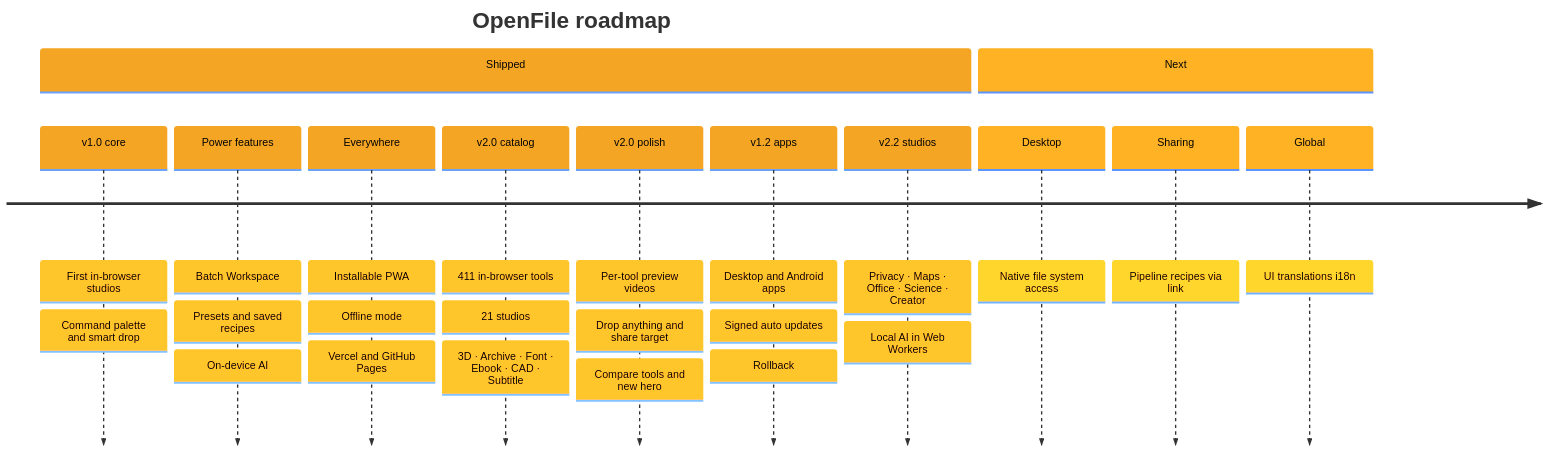
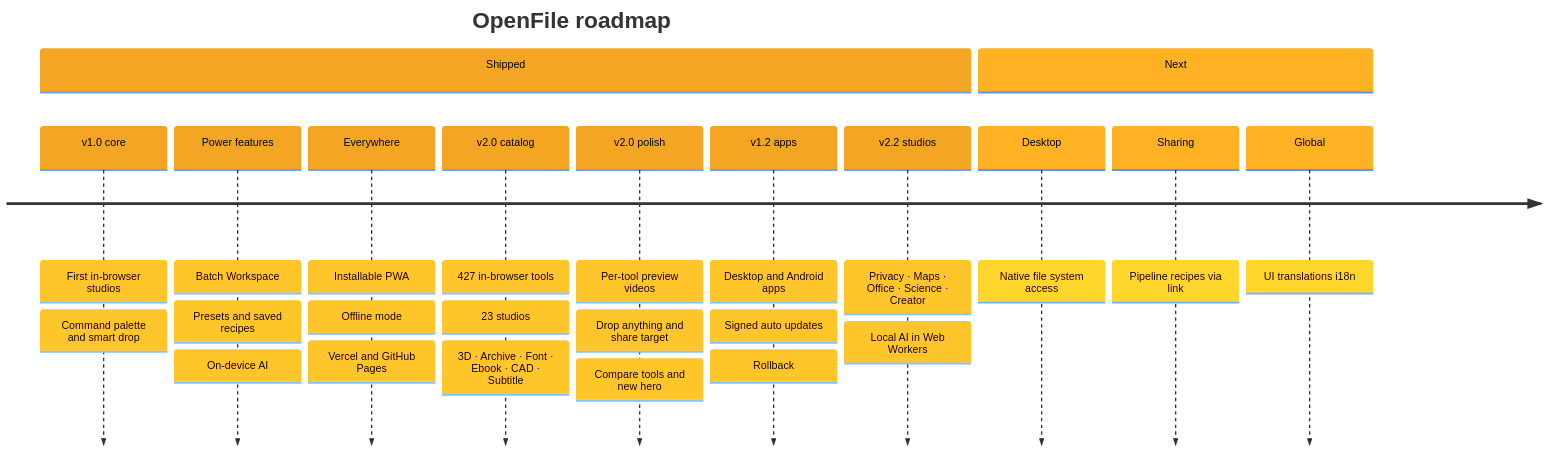
One commit to aniruddhaadak80/OpenFile changed the eighth of 8 diagrams in README.md. Above: the diagram before and after it, drawn with Mermaid. The commit also changed other lines of this file and 136 other files, not shown here.

First line of the commit message:
feat: Money & Finance and Health & Fitness studios, 16 tools, 3 posts (v2.3.0)

````diff
--- a/README.md
+++ b/README.md
@@ -1581,17 +1643,17 @@
 ```mermaid
 %%{init: {'theme':'base','themeVariables':{'fontFamily':'system-ui, sans-serif','cScale0':'#F5A524','cScaleLabel0':'#050505','cScale1':'#FFB224','cScaleLabel1':'#050505','cScale2':'#14B8A6','cScaleLabel2':'#050505','cScale3':'#22D3EE','cScaleLabel3':'#050505','cScale4':'#10B981','cScaleLabel4':'#050505','cScale5':'#38BDF8','cScaleLabel5':'#050505','cScale6':'#FCD34D','cScaleLabel6':'#050505','cScale7':'#5EEAD4','cScaleLabel7':'#050505'}}}%%
 timeline
     title OpenFile roadmap
     section Shipped
         v1.0 core : First in-browser studios : Command palette and smart drop
         Power features : Batch Workspace : Presets and saved recipes : On-device AI
         Everywhere : Installable PWA : Offline mode : Vercel and GitHub Pages
-        v2.0 catalog : 411 in-browser tools : 21 studios : 3D · Archive · Font · Ebook · CAD · Subtitle
+        v2.0 catalog : 427 in-browser tools : 23 studios : 3D · Archive · Font · Ebook · CAD · Subtitle
         v2.0 polish : Per-tool preview videos : Drop anything and share target : Compare tools and new hero
         v1.2 apps : Desktop and Android apps : Signed auto updates : Rollback
         v2.2 studios : Privacy · Maps · Office · Science · Creator : Local AI in Web Workers
     section Next
         Desktop : Native file system access
         Sharing : Pipeline recipes via link
         Global : UI translations i18n
 ```
````
